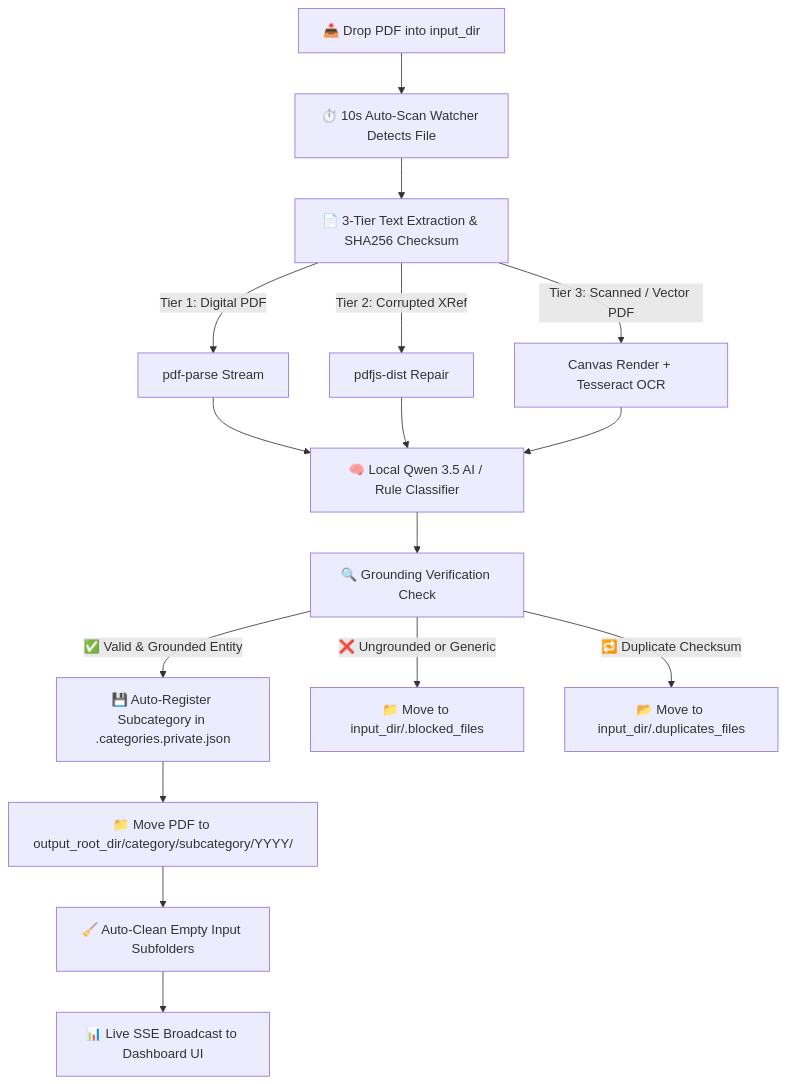
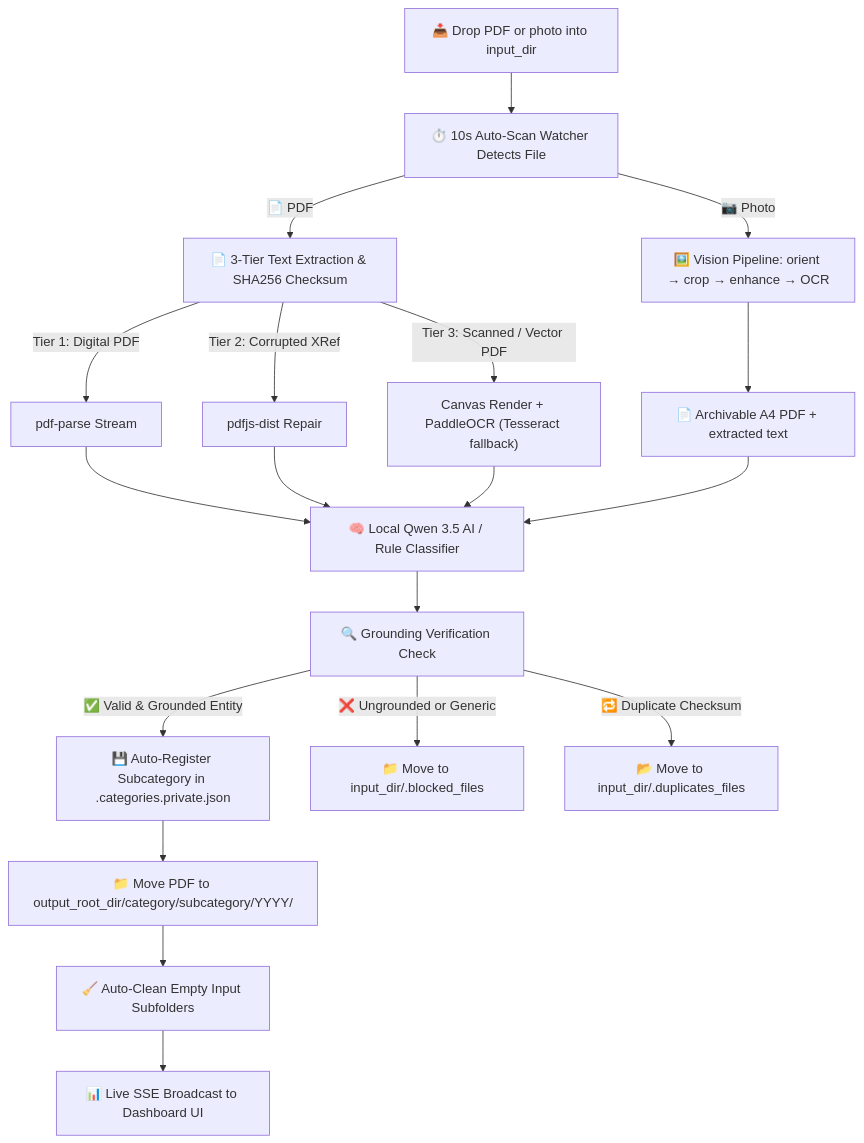
Before and after one commit to phamhung075/pdf-triage-intelligent: the diagram in README.md, drawn with Mermaid. The commit also changed other lines of this file and 2 other files, not shown here.

````diff
--- a/README.md
+++ b/README.md
@@ -11,16 +11,18 @@
 ```mermaid
 flowchart TD
-    A[📥 Drop PDF into input_dir] --> B[⏱️ 10s Auto-Scan Watcher Detects File]
-    B --> C[📄 3-Tier Text Extraction & SHA256 Checksum]
+    A[📥 Drop PDF or photo into input_dir] --> B[⏱️ 10s Auto-Scan Watcher Detects File]
+    B -->|📷 Photo| P["🖼️ Vision Pipeline: orient → crop → enhance → OCR"]
+    P --> Q[📄 Archivable A4 PDF + extracted text]
+    B -->|📄 PDF| C[📄 3-Tier Text Extraction & SHA256 Checksum]
     C -->|Tier 1: Digital PDF| D[pdf-parse Stream]
     C -->|Tier 2: Corrupted XRef| E[pdfjs-dist Repair]
-    C -->|Tier 3: Scanned / Vector PDF| F["Canvas Render + Tesseract OCR"]
-    D & E & F --> G[🧠 Local Qwen 3.5 AI / Rule Classifier]
+    C -->|Tier 3: Scanned / Vector PDF| F["Canvas Render + PaddleOCR (Tesseract fallback)"]
+    D & E & F & Q --> G[🧠 Local Qwen 3.5 AI / Rule Classifier]
     G --> H[🔍 Grounding Verification Check]
     H -->|✅ Valid & Grounded Entity| I[💾 Auto-Register Subcategory in .categories.private.json]
     H -->|❌ Ungrounded or Generic| J[📁 Move to input_dir/.blocked_files]
     H -->|🔁 Duplicate Checksum| K[📂 Move to input_dir/.duplicates_files]
     I --> L[📁 Move PDF to output_root_dir/category/subcategory/YYYY/]
     L --> M[🧹 Auto-Clean Empty Input Subfolders]
     M --> N[📊 Live SSE Broadcast to Dashboard UI]
 ```
````
